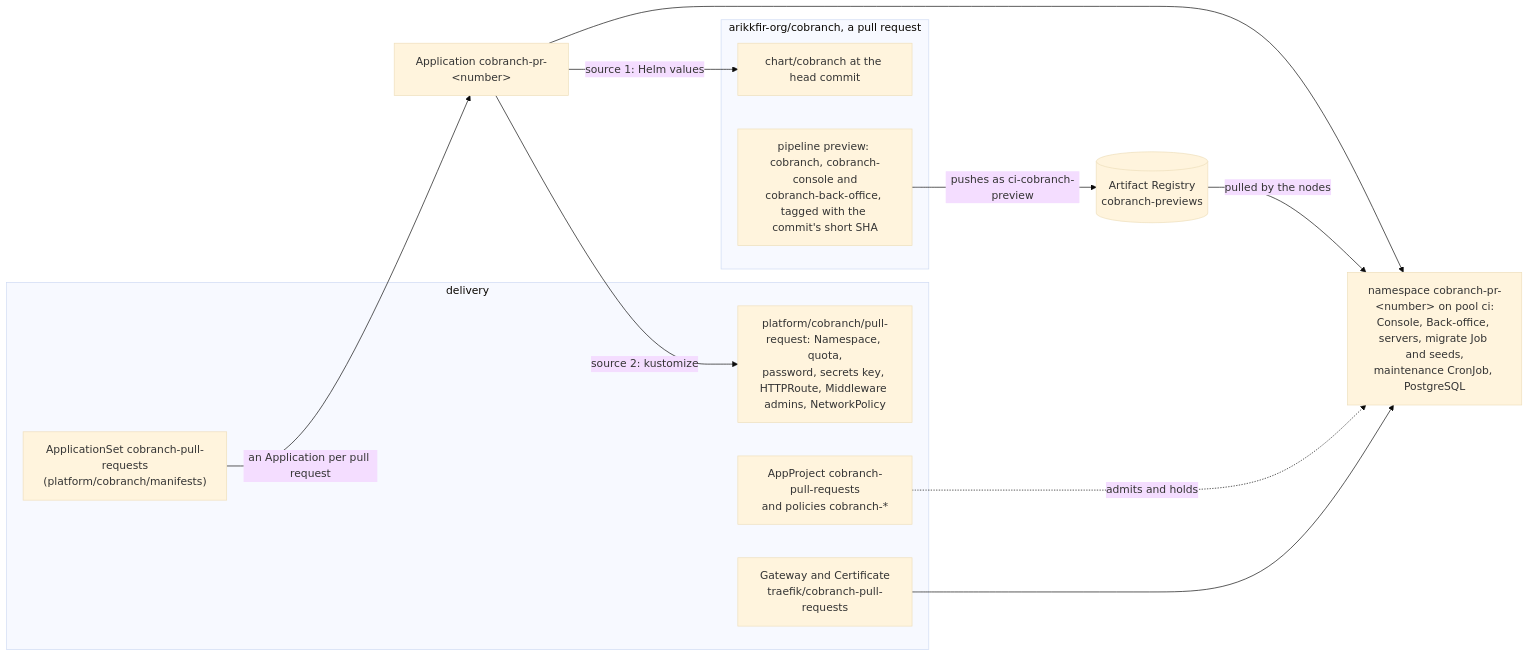
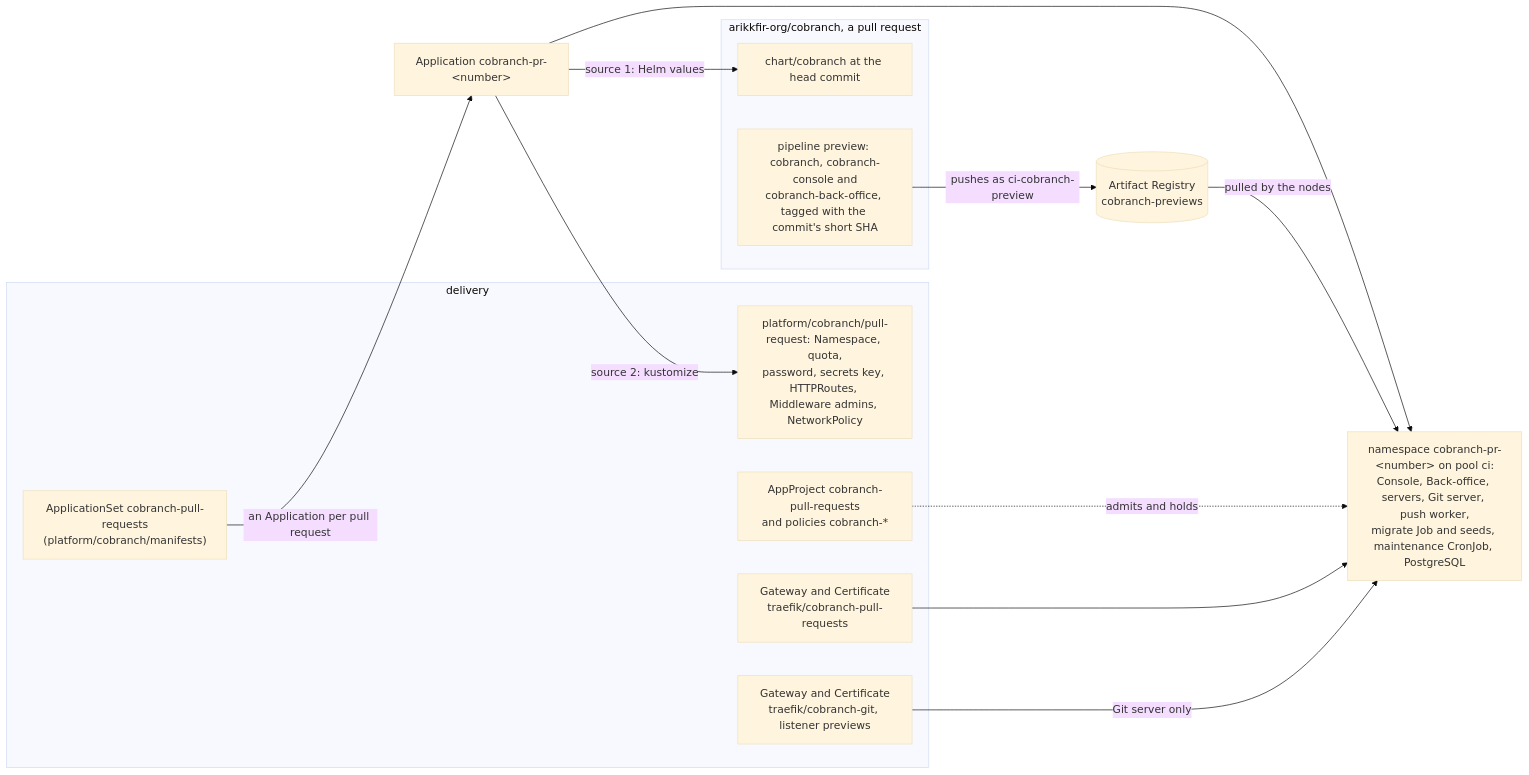
Before and after one commit to arikkfir-org/delivery: the first of 4 diagrams in docs/delivery/designs/cobranch-previews.md, drawn with Mermaid (base theme). The commit also changed other lines of this file and 16 other files, not shown here.

First line of the commit message:
feat(cobranch): serve the demo's and the previews' Git servers publicly

````diff
--- a/docs/delivery/designs/cobranch-previews.md
+++ b/docs/delivery/designs/cobranch-previews.md
@@ -11,21 +11,23 @@
 ```mermaid
 flowchart LR
   subgraph cobranchrepo["arikkfir-org/cobranch, a pull request"]
     Chart["chart/cobranch at the head commit"]
     Preview["pipeline preview: cobranch, cobranch-console and<br/>cobranch-back-office, tagged with the commit's short SHA"]
   end
   subgraph delivery["delivery"]
     Set["ApplicationSet cobranch-pull-requests<br/>(platform/cobranch/manifests)"]
-    Extras["platform/cobranch/pull-request: Namespace, quota,<br/>password, secrets key, HTTPRoute, Middleware admins, NetworkPolicy"]
+    Extras["platform/cobranch/pull-request: Namespace, quota,<br/>password, secrets key, HTTPRoutes, Middleware admins, NetworkPolicy"]
     Project["AppProject cobranch-pull-requests<br/>and policies cobranch-*"]
     GW["Gateway and Certificate<br/>traefik/cobranch-pull-requests"]
+    GitGW["Gateway and Certificate<br/>traefik/cobranch-git, listener previews"]
   end
   Preview -- "pushes as ci-cobranch-preview" --> Reg[("Artifact Registry<br/>cobranch-previews")]
   Set -- "an Application per pull request" --> App["Application cobranch-pr-&lt;number&gt;"]
   App -- "source 1: Helm values" --> Chart
   App -- "source 2: kustomize" --> Extras
-  App --> NS["namespace cobranch-pr-&lt;number&gt; on pool ci:<br/>Console, Back-office, servers, migrate Job and seeds,<br/>maintenance CronJob, PostgreSQL"]
+  App --> NS["namespace cobranch-pr-&lt;number&gt; on pool ci:<br/>Console, Back-office, servers, Git server, push worker,<br/>migrate Job and seeds, maintenance CronJob, PostgreSQL"]
   Reg -- "pulled by the nodes" --> NS
   Project -. "admits and holds" .-> NS
   GW --> NS
+  GitGW -- "Git server only" --> NS
 ```
````
